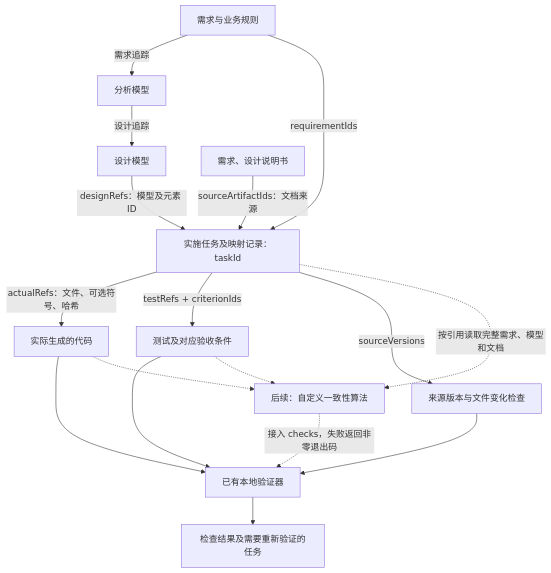
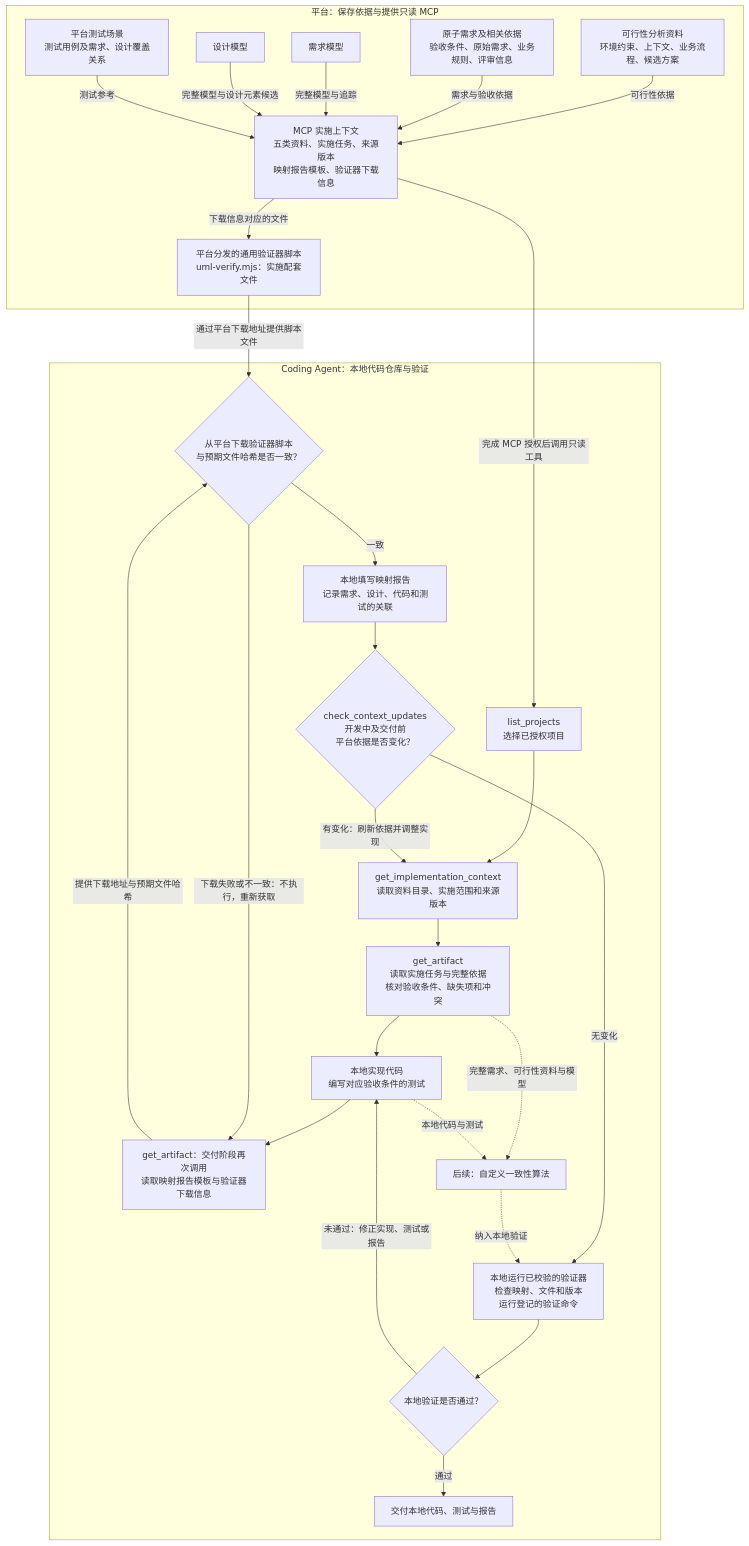
Before and after one commit to guolola/ai-software-engineering-platform: the second of 2 diagrams in readme-zh-cn.md, drawn with Mermaid. The commit also changed other lines of this file and 80 other files, not shown here.

First line of the commit message:
Integrate dashboard and exam pages and refine MCP context

````diff
--- a/readme-zh-cn.md
+++ b/readme-zh-cn.md
@@ -150,19 +165,52 @@
 ```mermaid
 flowchart TB
-  req["需求与业务规则"] -->|"需求追踪"| analysis["分析模型"]
-  analysis -->|"设计追踪"| design["设计模型"]
-  req -->|"requirementIds"| mapping["实施任务及映射记录：taskId"]
-  design -->|"designRefs：模型及元素 ID"| mapping
-  docs["需求、设计说明书"] -->|"sourceArtifactIds：文档来源"| mapping
-  mapping -->|"actualRefs：文件、可选符号、哈希"| code["实际生成的代码"]
-  mapping -->|"testRefs + criterionIds"| tests["测试及对应验收条件"]
-  mapping -->|"sourceVersions"| versions["来源版本与文件变化检查"]
-  code --> validator["已有本地验证器"]
-  tests --> validator
-  versions --> validator
-  mapping -.->|"按引用读取完整需求、模型和文档"| algorithm["后续：自定义一致性算法"]
-  code -.-> algorithm
-  tests -.-> algorithm
-  algorithm -.->|"接入 checks，失败返回非零退出码"| validator
-  validator --> result["检查结果及需要重新验证的任务"]
+  subgraph platform["平台：保存依据与提供只读 MCP"]
+    feasibility["可行性分析资料<br/>环境约束、上下文、业务流程、候选方案"]
+    req["原子需求及相关依据<br/>验收条件、原始需求、业务规则、评审信息"]
+    requirementModels["需求模型"]
+    design["设计模型"]
+    savedTests["平台测试场景<br/>测试用例及需求、设计覆盖关系"]
+    bundle["MCP 实施上下文<br/>五类资料、实施任务、来源版本<br/>映射报告模板、验证器下载信息"]
+    feasibility -->|"可行性依据"| bundle
+    req -->|"需求与验收依据"| bundle
+    requirementModels -->|"完整模型与追踪"| bundle
+    design -->|"完整模型与设计元素候选"| bundle
+    savedTests -->|"测试参考"| bundle
+    verifierFile["平台分发的通用验证器脚本<br/>uml-verify.mjs：实施配套文件"]
+    bundle -->|"下载信息对应的文件"| verifierFile
+  end
+
+  subgraph agent["Coding Agent：本地代码仓库与验证"]
+    projects["list_projects<br/>选择已授权项目"]
+    catalog["get_implementation_context<br/>读取资料目录、实施范围和来源版本"]
+    sources["get_artifact<br/>读取实施任务与完整依据<br/>核对验收条件、缺失项和冲突"]
+    implementation["本地实现代码<br/>编写对应验收条件的测试"]
+    delivery["get_artifact：交付阶段再次调用<br/>读取映射报告模板与验证器下载信息"]
+    download{"从平台下载验证器脚本<br/>与预期文件哈希是否一致？"}
+    mapping["本地填写映射报告<br/>记录需求、设计、代码和测试的关联"]
+    updates{"check_context_updates<br/>开发中及交付前<br/>平台依据是否变化？"}
+    validator["本地运行已校验的验证器<br/>检查映射、文件和版本<br/>运行登记的验证命令"]
+    result{"本地验证是否通过？"}
+    done["交付本地代码、测试与报告"]
+    algorithm["后续：自定义一致性算法"]
+    projects --> catalog
+    catalog --> sources
+    sources --> implementation
+    implementation --> delivery
+    delivery -->|"提供下载地址与预期文件哈希"| download
+    download -->|"一致"| mapping
+    download -->|"下载失败或不一致：不执行，重新获取"| delivery
+    mapping --> updates
+    updates -->|"有变化：刷新依据并调整实现"| catalog
+    updates -->|"无变化"| validator
+    validator --> result
+    result -->|"未通过：修正实现、测试或报告"| implementation
+    result -->|"通过"| done
+    sources -.->|"完整需求、可行性资料与模型"| algorithm
+    implementation -.->|"本地代码与测试"| algorithm
+    algorithm -.->|"纳入本地验证"| validator
+  end
+
+  bundle -->|"完成 MCP 授权后调用只读工具"| projects
+  verifierFile -->|"通过平台下载地址提供脚本文件"| download
 ```
````
